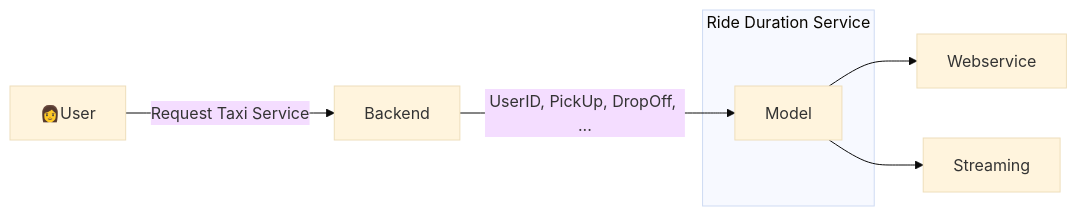
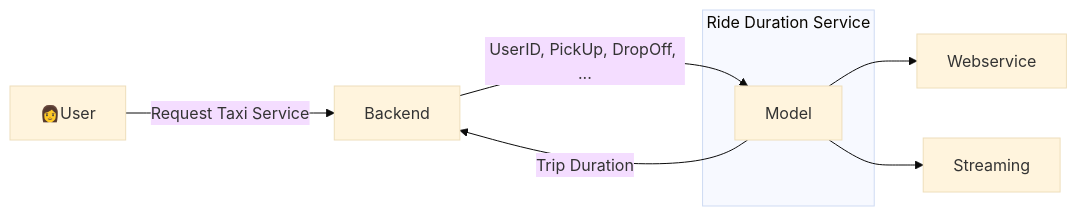
One commit to mossdet/mlops-dlp changed the second of 2 diagrams in week04/README.md. Above: the diagram before and after it, drawn with Mermaid (base theme).

````diff
--- a/week04/README.md
+++ b/week04/README.md
@@ -25,14 +25,15 @@
 ```mermaid
 graph LR
     classDef sub opacity:0
     classDef note fill:#ffd, stroke:#ccb
 
     User[👩User]--> |Request Taxi Service| Backend[Backend]
     Backend--> |"UserID, PickUp, DropOff, ..."| Model["Model"]
+    Model--> |"Trip Duration"| Backend
     Model--> WebService[Webservice]
     Model--> Streaming[Streaming]
 
     subgraph subRideDurationService ["Ride Duration Service "]
         Model
     end
 ```
````
